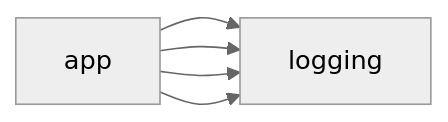
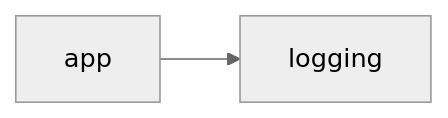
One commit to arrazyfathan/nytimes-android changed the diagram in README.md. Above: the diagram before and after it, drawn with Mermaid. The commit also changed other lines of this file, not shown here.

````diff
--- a/README.md
+++ b/README.md
@@ -44,15 +64,10 @@
 ```mermaid
 %%{
   init: {
     'theme': 'neutral'
   }
 }%%
 
 graph LR
-
   app --> logging
-  app --> logging
-  app --> logging
-  app --> logging
-
 ```
````
